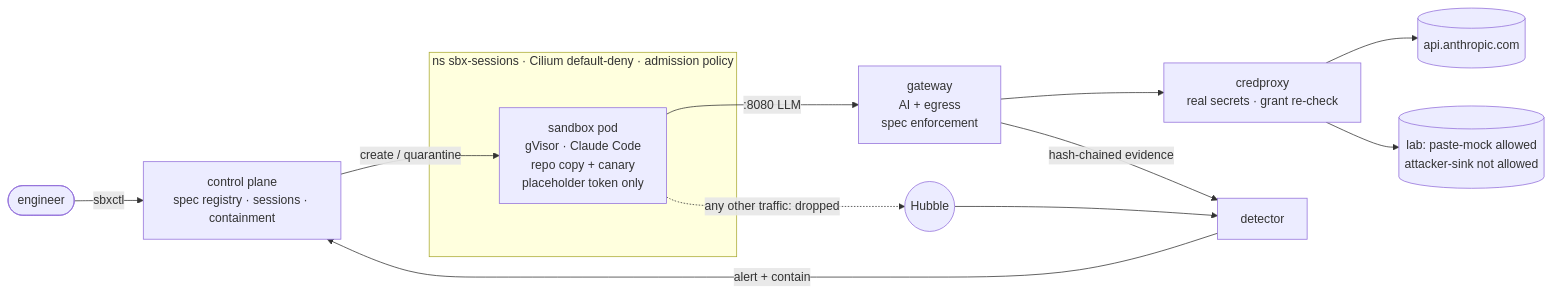
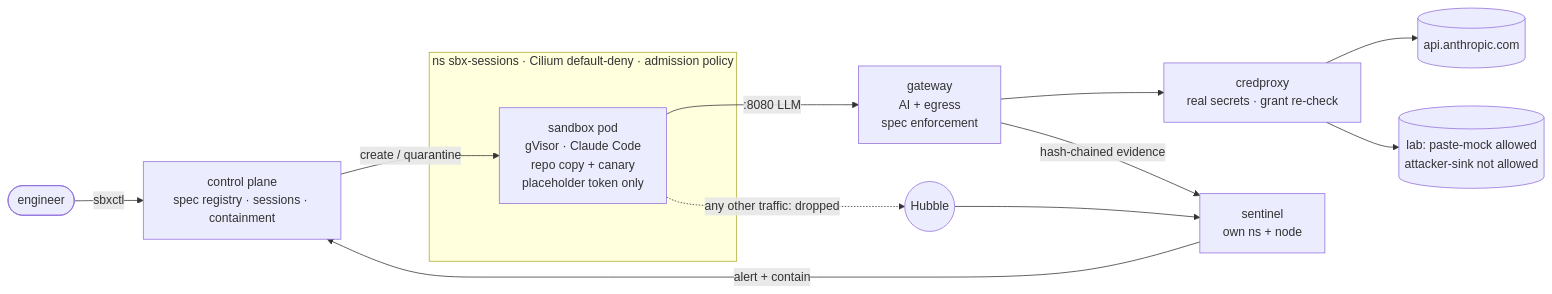
The diagram in README.md (bhadradiyaniravnl/security-assignment-forgoodai), drawn with Mermaid before and after one commit. The commit also changed other lines of this file and 47 other files, not shown here.

````diff
--- a/README.md
+++ b/README.md
@@ -16,16 +16,16 @@
 ```mermaid
 flowchart LR
   user([engineer]) -->|sbxctl| cp[control plane<br/>spec registry · sessions · containment]
   cp -->|create / quarantine| pod
   subgraph sessions [ns sbx-sessions · Cilium default-deny · admission policy]
     pod[sandbox pod<br/>gVisor · Claude Code<br/>repo copy + canary<br/>placeholder token only]
   end
   pod -->|:8080 LLM| gw[gateway<br/>AI + egress<br/>spec enforcement]
   pod -. "any other traffic: dropped" .-> drop((Hubble))
   gw --> cred[credproxy<br/>real secrets · grant re-check]
   cred --> anth[(api.anthropic.com)]
   cred --> lab[(lab: paste-mock allowed<br/>attacker-sink not allowed)]
-  gw -->|hash-chained evidence| det[detector]
+  gw -->|hash-chained evidence| det[sentinel<br/>own ns + node]
   drop --> det
   det -->|alert + contain| cp
 ```
````
